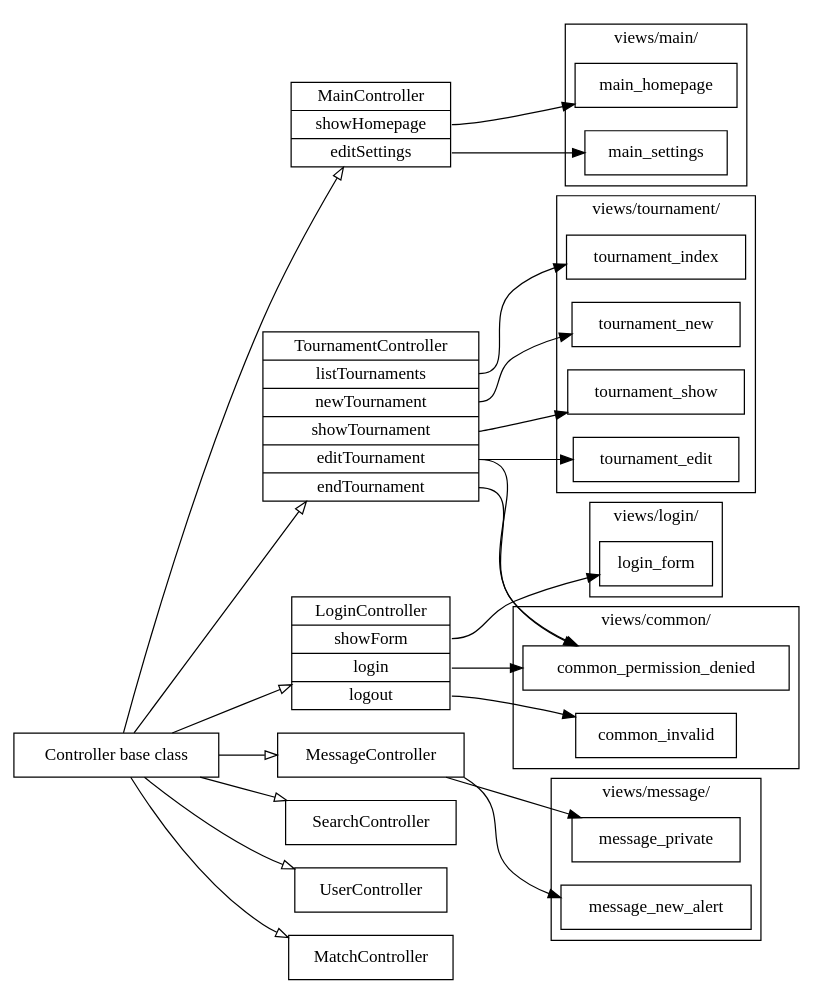
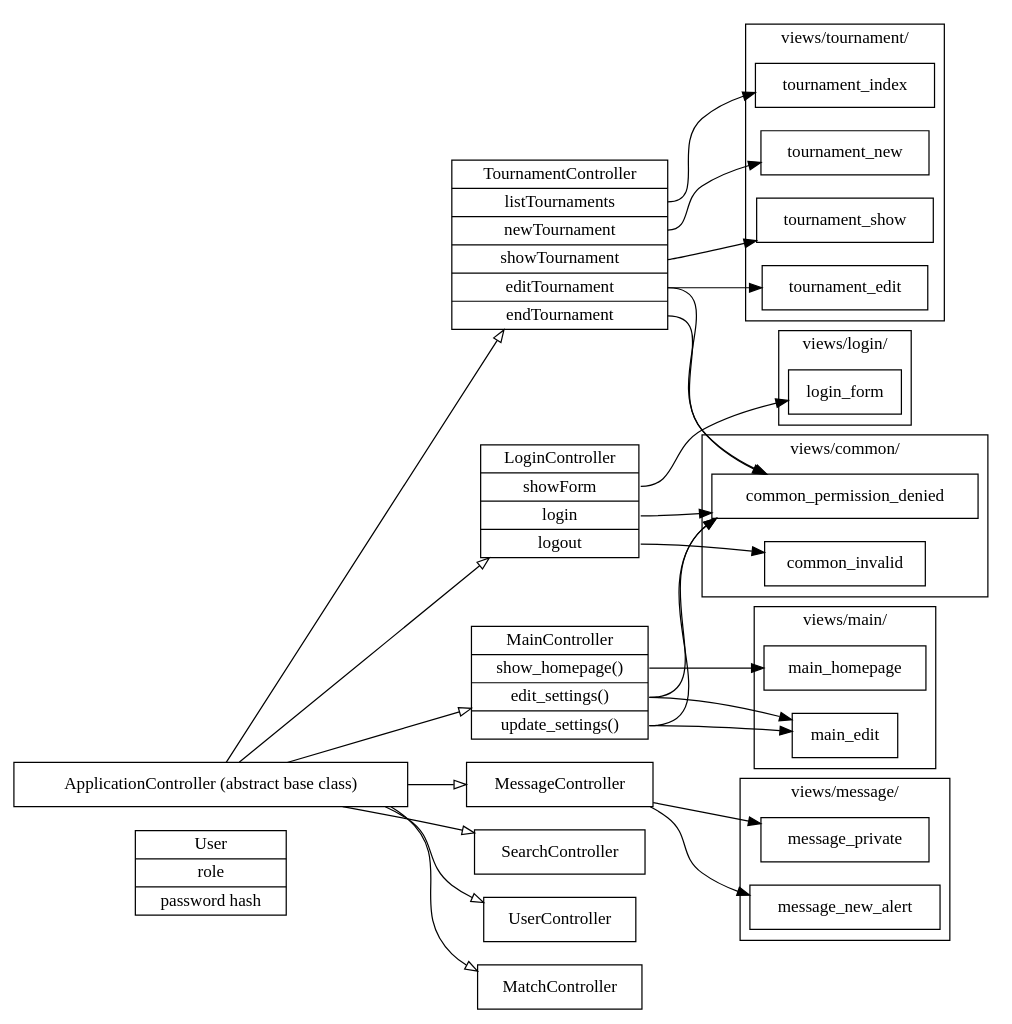
One commit to LukeShu/leaguer changed the diagram in docs/DesignDocument.dot. Above: the diagram before and after it, drawn with Graphviz.

Commit message:
DesignDocument.dot: update

```diff
--- a/docs/DesignDocument.dot
+++ b/docs/DesignDocument.dot
@@ -1,74 +1,82 @@
 digraph systemModel {
 	rankdir="LR";
 	node[shape="record"];
+
+	#subgraph clusterModels {
+	#	label="Models"
+		User[label="<name> User | <attr_role> role | <attr_pw> password hash"];
+	#}
 	
-	BaseController[label="Controller base class"];
+	BaseController[label="ApplicationController (abstract base class)"];
 	#subgraph clusterControllers {
 	#	label="Controllers";
-		MainController[label="<name> MainController | <index> showHomepage | <edit> editSettings"];
+		MainController[label="<name> MainController | <index> show_homepage() | <edit> edit_settings() | <update> update_settings()"];
 		TournamentController[label="<name> TournamentController | <index> listTournaments | <new> newTournament | <show> showTournament | <edit> editTournament | <delete> endTournament"];
 		MessageController;
 		LoginController[label="<name> LoginController | <index> showForm | <login> login | <logout> logout"];
 		SearchController;
 		UserController;
 		MatchController;
 	#}
 	#subgraph clusterViews {
 	#	label="views/";
 		subgraph clusterCommonViews {
 			label="views/common/";
 			common_permission_denied;
 			common_invalid;
 		}
 		subgraph clusterMainViews {
 			label="views/main/";
 			main_homepage;
-			main_settings;
+			main_edit;
 		}
 		subgraph clusterLoginViews {
 			label="views/login/";
 			login_form
 		}
 		subgraph clusterTournamentViews {
 			label="views/tournament/";
 			tournament_index;
 			tournament_new;
 			tournament_show;
 			tournament_edit;
 		}
 		subgraph clusterMessageViews {
 			label="views/message/";
 			message_private;
 			message_new_alert;
 		}
 	#}
 
 	BaseController -> MainController[arrowhead="onormal"];
 	MainController:index -> main_homepage;
-	MainController:edit -> main_settings;
+	MainController:edit -> main_edit;
+	MainController:edit -> common_permission_denied;
+	MainController:update -> main_edit;
+	MainController:update -> common_permission_denied;
 
 	BaseController -> TournamentController[arrowhead="onormal"];
 	TournamentController:index -> tournament_index;
 	TournamentController:new -> tournament_new;
 	TournamentController:show -> tournament_show;
 	TournamentController:edit -> tournament_edit;
 	TournamentController:edit -> common_permission_denied;
 	TournamentController:delete -> common_permission_denied;
 
 	BaseController -> MessageController[arrowhead="onormal"];
 	MessageController -> message_private;
 	MessageController -> message_new_alert;
 
 
 	BaseController -> LoginController[arrowhead="onormal"];
 	LoginController:index -> login_form;
 	LoginController:login -> common_permission_denied;
 	LoginController:logout -> common_invalid;
 
 	BaseController -> SearchController[arrowhead="onormal"];
 	
 	BaseController -> UserController[arrowhead="onormal"];
 	
 	BaseController -> MatchController[arrowhead="onormal"];
 
 }
```
